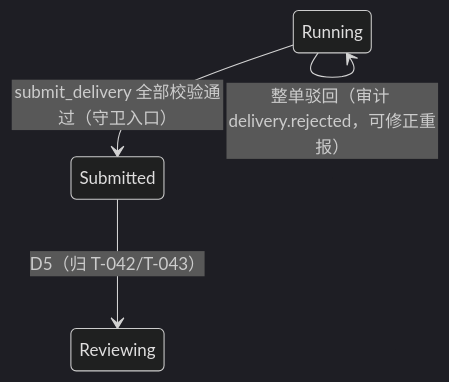
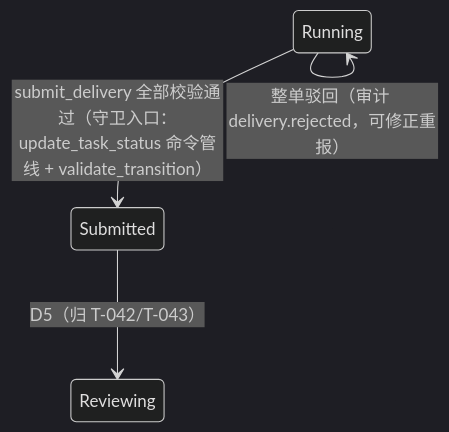
Before and after one commit to luqizheng/ai-pm: the diagram in docs/ai-pm-slice-d4-delivery-v1.md, drawn with Mermaid (dark theme). The commit also changed other lines of this file and 1 other file, not shown here.

Commit message:
docs(delivery): D4 设计稿专家评审落盘并收编 V1.1（T-040）

````diff
--- a/docs/ai-pm-slice-d4-delivery-v1.md
+++ b/docs/ai-pm-slice-d4-delivery-v1.md
@@ -128,6 +279,6 @@
 ```mermaid
 stateDiagram-v2
-    Running --> Submitted: submit_delivery 全部校验通过（守卫入口）
+    Running --> Submitted: submit_delivery 全部校验通过（守卫入口：update_task_status 命令管线 + validate_transition）
     Running --> Running: 整单驳回（审计 delivery.rejected，可修正重报）
     Submitted --> Reviewing: D5（归 T-042/T-043）
 ```
````
